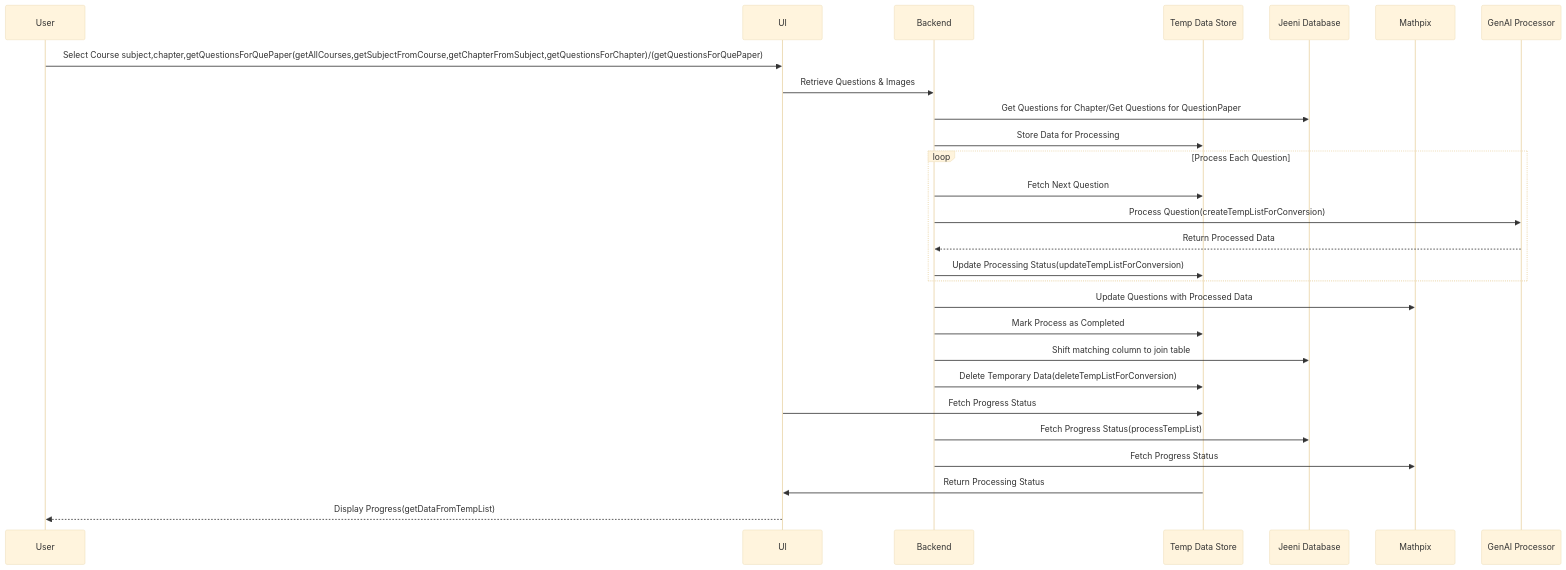
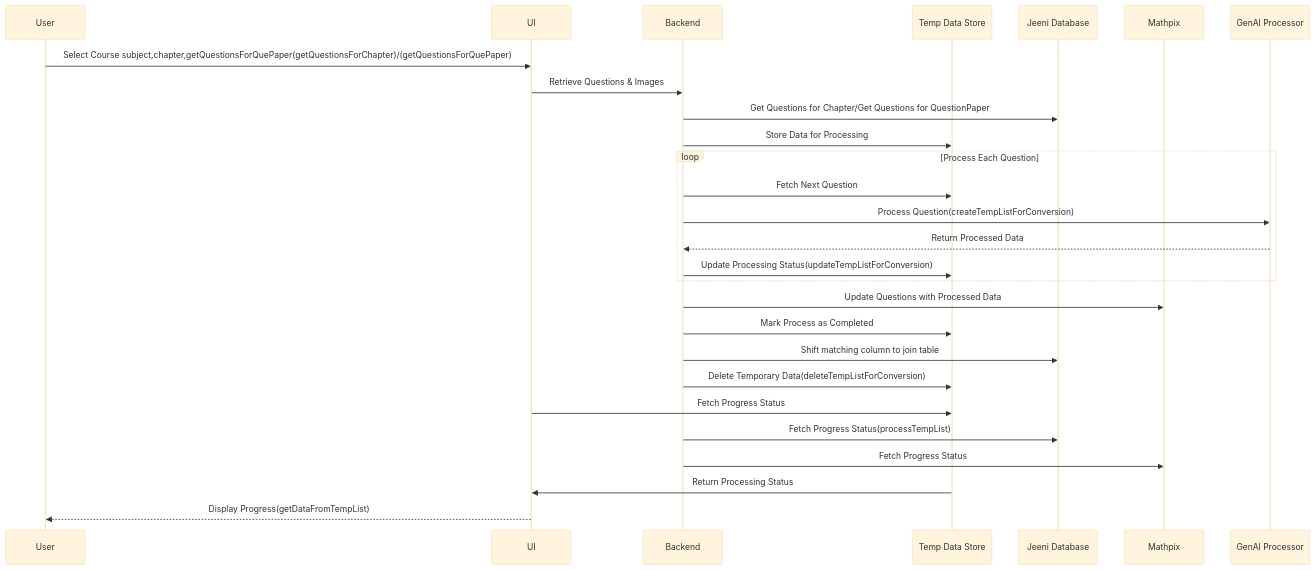
Before and after one commit to MayuriSutar12/Documentation: the diagram in docs/sequence_digram.md, drawn with Mermaid (base theme).

````diff
--- a/docs/sequence_digram.md
+++ b/docs/sequence_digram.md
@@ -2,38 +2,38 @@
 ```mermaid
 sequenceDiagram
     participant User as User
     participant UI as UI
     participant Backend as Backend
     participant TempDB as Temp Data Store
     participant JeeniDB as Jeeni Database
     participant Mathpix as Mathpix
     participant GenAI as GenAI Processor
 
-    User ->> UI: Select Course subject,chapter,getQuestionsForQuePaper(getAllCourses,getSubjectFromCourse,getChapterFromSubject,getQuestionsForChapter)/(getQuestionsForQuePaper)
+    User ->> UI: Select Course subject,chapter,getQuestionsForQuePaper(getQuestionsForChapter)/(getQuestionsForQuePaper)
 
 
     UI ->> Backend: Retrieve Questions & Images
     Backend ->> JeeniDB: Get Questions for Chapter/Get Questions for QuestionPaper
     Backend ->> TempDB: Store Data for Processing
 
     loop Process Each Question
         Backend ->> TempDB: Fetch Next Question
         Backend ->> GenAI: Process Question(createTempListForConversion)
         GenAI -->> Backend: Return Processed Data
         Backend ->> TempDB: Update Processing Status(updateTempListForConversion)
     end
 
     Backend ->> Mathpix: Update Questions with Processed Data
     Backend ->> TempDB: Mark Process as Completed
     Backend ->> JeeniDB: Shift matching column to join table
     Backend ->> TempDB: Delete Temporary Data(deleteTempListForConversion)
 
 
     UI ->> TempDB: Fetch Progress Status
    Backend ->> JeeniDB: Fetch Progress Status(processTempList)
   Backend ->> Mathpix: Fetch Progress Status 
     TempDB ->> UI: Return Processing Status
     UI -->> User: Display Progress(getDataFromTempList)
 
 
 ```
````
